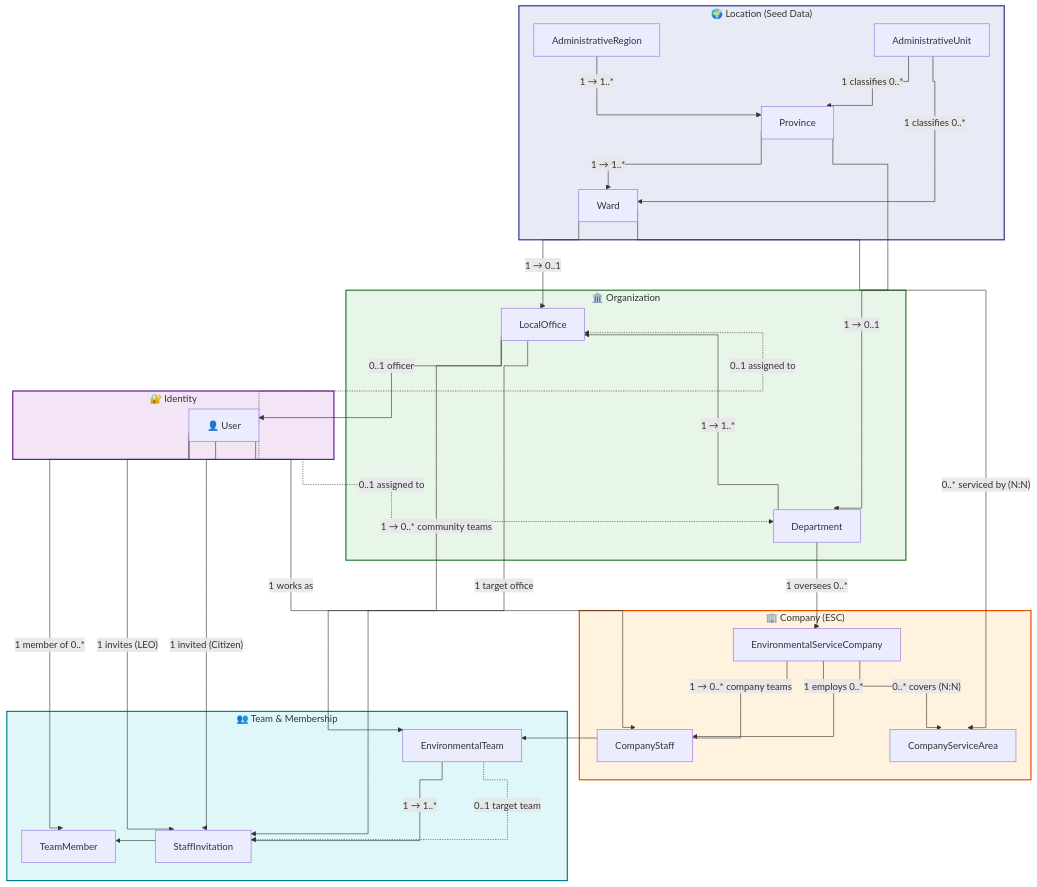
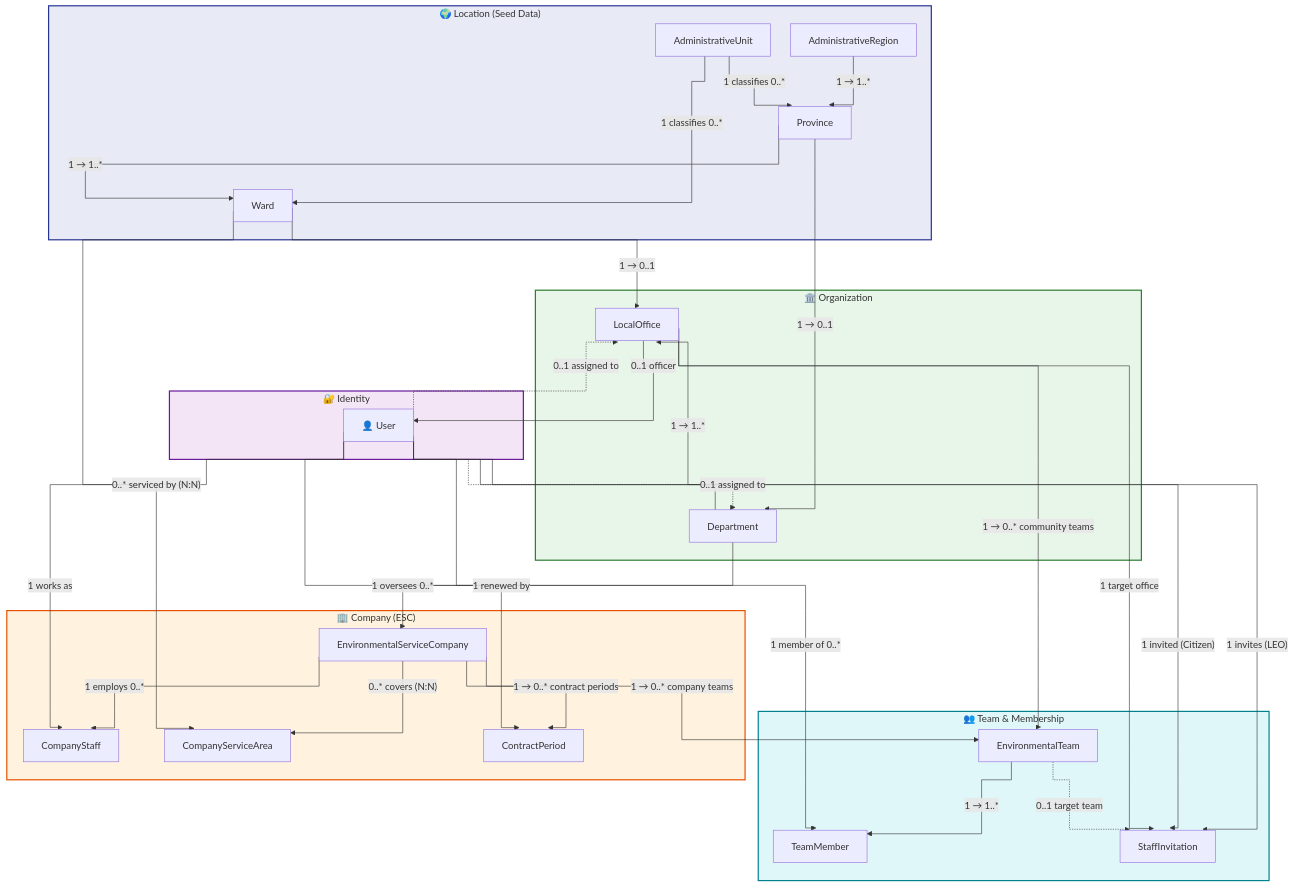
Before and after one commit to Capstonne-Project/greenlens-service: the second of 7 diagrams in docs/BusinessRule/logical_erd.md, drawn with Mermaid. The commit also changed other lines of this file and 1 other file, not shown here.

````diff
--- a/docs/BusinessRule/logical_erd.md
+++ b/docs/BusinessRule/logical_erd.md
@@ -922,72 +1156,75 @@
 ```mermaid
 %%{init: {'flowchart': {'curve': 'stepBefore', 'nodeSpacing': 30, 'rankSpacing': 60, 'padding': 15}}}%%
 flowchart TB
     subgraph LOCATION["🌍 Location (Seed Data)"]
         AdministrativeRegion["AdministrativeRegion"]
         AdministrativeUnit["AdministrativeUnit"]
         Province["Province"]
         Ward["Ward"]
     end
 
     subgraph ORGANIZATION["🏛️ Organization"]
         Department["Department"]
         LocalOffice["LocalOffice"]
     end
 
     subgraph TEAM["👥 Team & Membership"]
         EnvironmentalTeam["EnvironmentalTeam"]
         TeamMember["TeamMember"]
         StaffInvitation["StaffInvitation"]
     end
 
     subgraph COMPANY["🏢 Company (ESC)"]
         ESC["EnvironmentalServiceCompany"]
         CompanyStaff["CompanyStaff"]
         CompanyServiceArea["CompanyServiceArea"]
+        ContractPeriod["ContractPeriod"]
     end
 
     subgraph IDENTITY["🔐 Identity"]
         User["👤 User"]
     end
 
     %% ── Location hierarchy ──
     AdministrativeRegion -- "1 → 1..* " --> Province
     AdministrativeUnit -- "1 classifies 0..*" --> Province
     AdministrativeUnit -- "1 classifies 0..*" --> Ward
     Province -- "1 → 1..*" --> Ward
 
     %% ── Organization hierarchy ──
     Province -- "1 → 0..1" --> Department
     Department -- "1 → 1..*" --> LocalOffice
     Ward -- "1 → 0..1" --> LocalOffice
     LocalOffice -- "0..1 officer" --> User
 
     %% ── Team ──
     LocalOffice -- "1 → 0..* community teams" --> EnvironmentalTeam
     ESC -- "1 → 0..* company teams" --> EnvironmentalTeam
     EnvironmentalTeam -- "1 → 1..*" --> TeamMember
     User -- "1 member of 0..*" --> TeamMember
 
     %% ── Invitation ──
     User -- "1 invites (LEO)" --> StaffInvitation
     User -- "1 invited (Citizen)" --> StaffInvitation
     LocalOffice -- "1 target office" --> StaffInvitation
     EnvironmentalTeam -. "0..1 target team" .-> StaffInvitation
 
     %% ── Company ──
     Department -- "1 oversees 0..*" --> ESC
     ESC -- "1 employs 0..*" --> CompanyStaff
     User -- "1 works as" --> CompanyStaff
     ESC -- "0..* covers (N:N)" --> CompanyServiceArea
     Ward -- "0..* serviced by (N:N)" --> CompanyServiceArea
+    ESC -- "1 → 0..* contract periods" --> ContractPeriod
+    User -- "1 renewed by" --> ContractPeriod
 
     %% ── User assignment ──
     User -. "0..1 assigned to" .-> Department
     User -. "0..1 assigned to" .-> LocalOffice
 
     style LOCATION fill:#e8eaf6,stroke:#283593,stroke-width:2px
     style ORGANIZATION fill:#e8f5e9,stroke:#2e7d32,stroke-width:2px
     style TEAM fill:#e0f7fa,stroke:#00838f,stroke-width:2px
     style COMPANY fill:#fff3e0,stroke:#e65100,stroke-width:2px
     style IDENTITY fill:#f3e5f5,stroke:#6a1b9a,stroke-width:2px
 ```
````
